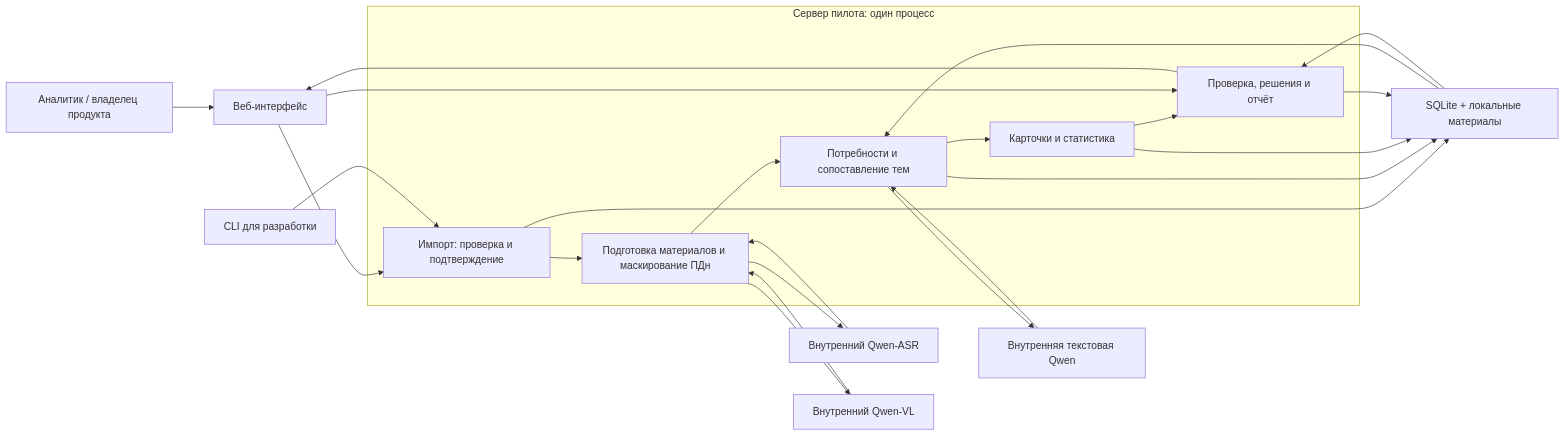
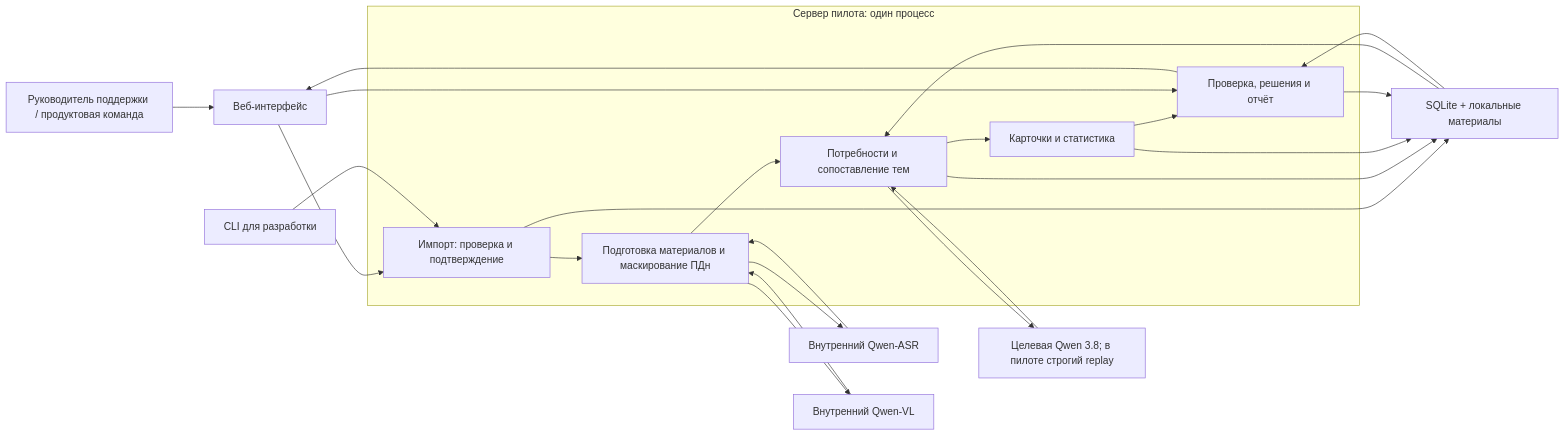
Before and after one commit to anvs11/GPN_Insight: the first of 2 diagrams in docs/CONCEPT.md, drawn with Mermaid. The commit also changed other lines of this file and 69 other files, not shown here.

````diff
--- a/docs/CONCEPT.md
+++ b/docs/CONCEPT.md
@@ -69,26 +79,26 @@
 ```mermaid
 flowchart LR
-    U["Аналитик / владелец продукта"] --> W["Веб-интерфейс"]
+    U["Руководитель поддержки / продуктовая команда"] --> W["Веб-интерфейс"]
     W --> I["Импорт: проверка и подтверждение"]
     CLI["CLI для разработки"] --> I
     subgraph APP["Сервер пилота: один процесс"]
         I --> N["Подготовка материалов и маскирование ПДн"]
         N --> A["Потребности и сопоставление тем"]
         A --> C["Карточки и статистика"]
         C --> R["Проверка, решения и отчёт"]
     end
     N --> ASR["Внутренний Qwen-ASR"]
     ASR --> N
     N --> VL["Внутренний Qwen-VL"]
     VL --> N
-    A --> LLM["Внутренняя текстовая Qwen"]
+    A --> LLM["Целевая Qwen 3.8; в пилоте строгий replay"]
     LLM --> A
     I --> DB["SQLite + локальные материалы"]
     A --> DB
     C --> DB
     R --> DB
     DB --> A
     DB --> R
     R --> W
     W --> R
 ```
````
